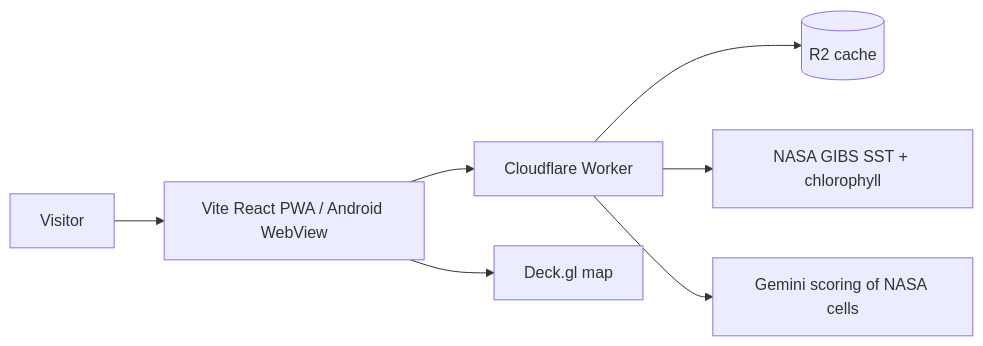
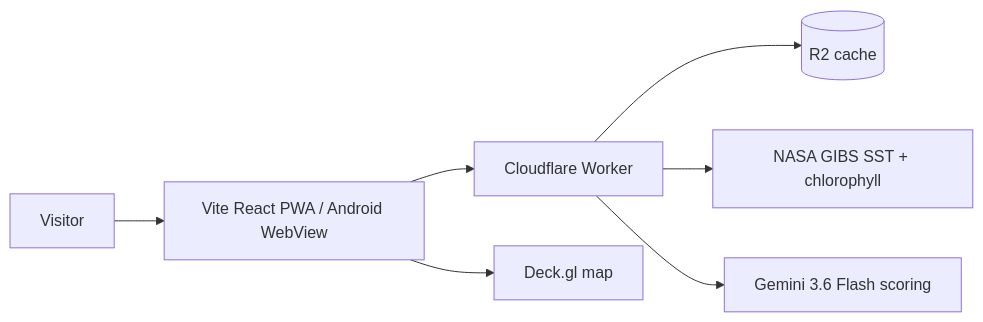
Before and after one commit to gunnchOS3k/FINDS-Sharks-From-Space: the diagram in README.md, drawn with Mermaid. The commit also changed other lines of this file and 3 other files, not shown here.

````diff
--- a/README.md
+++ b/README.md
@@ -77,9 +81,9 @@
 ```mermaid
 flowchart LR
   U[Visitor] --> UI[Vite React PWA / Android WebView]
   UI --> W[Cloudflare Worker]
   W --> R2[(R2 cache)]
   W --> NASA[NASA GIBS SST + chlorophyll]
-  W --> G[Gemini scoring of NASA cells]
+  W --> G[Gemini 3.6 Flash scoring]
   UI --> MAP[Deck.gl map]
 ```
````
